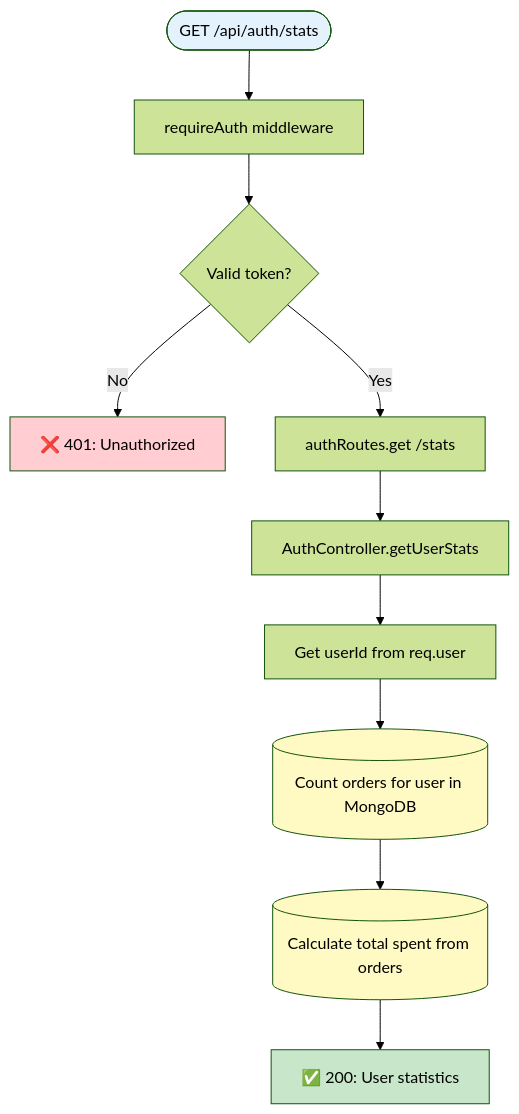
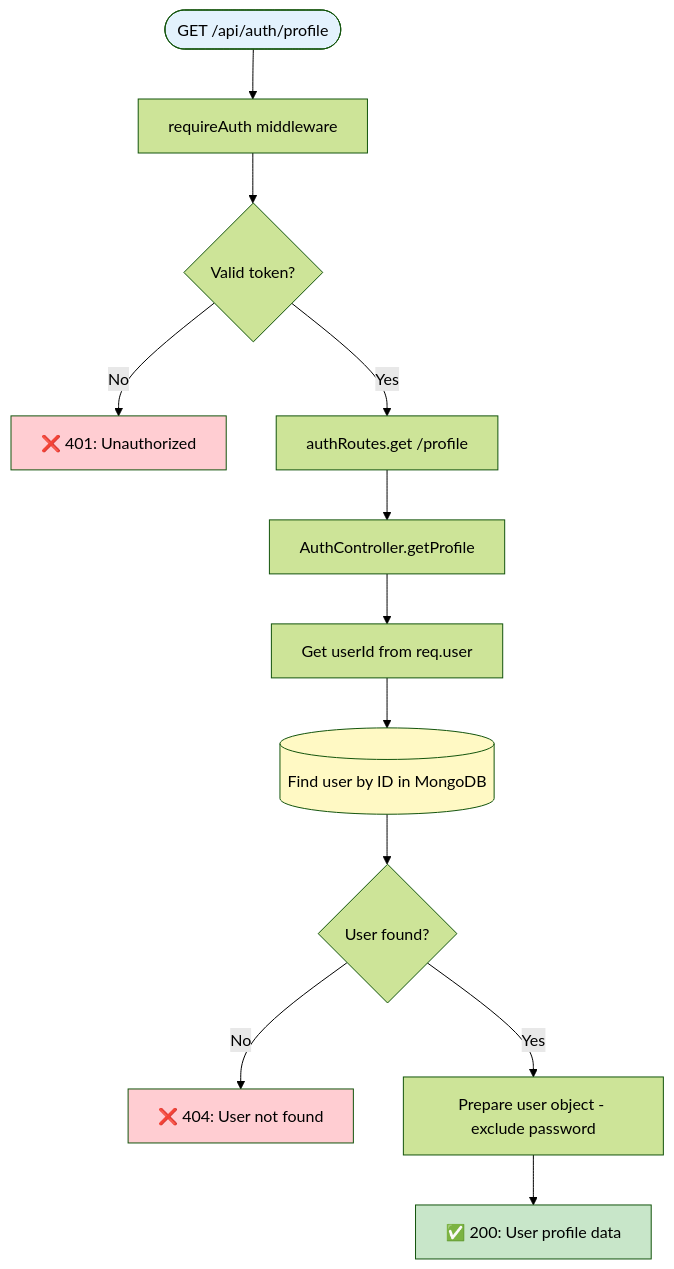
The fifth of 11 diagrams in docs/SERVER_ENDPOINTS_MAP.md (shmuelkapiloff/simple-), drawn with Mermaid (forest theme) before and after one commit. The commit also changed other lines of this file and 1 other file, not shown here.

Commit message:
fix: Repair broken Mermaid diagrams - remove malformed syntax and incomplete code blocks

````diff
--- a/docs/SERVER_ENDPOINTS_MAP.md
+++ b/docs/SERVER_ENDPOINTS_MAP.md
@@ -574,21 +322,22 @@
 ```mermaid
 flowchart TD
-    Request([GET /api/auth/stats]) --> RequireAuth[requireAuth middleware]
+    Request([GET /api/auth/profile]) --> RequireAuth[requireAuth middleware]
     RequireAuth --> CheckToken{Valid token?}
     CheckToken -->|No| Return401["❌ 401: Unauthorized"]
-    CheckToken -->|Yes| RouteHandler[authRoutes.get /stats]
+    CheckToken -->|Yes| RouteHandler[authRoutes.get /profile]
     
-    RouteHandler --> Controller[AuthController.getUserStats]
+    RouteHandler --> Controller[AuthController.getProfile]
     Controller --> GetUserId[Get userId from req.user]
-    GetUserId --> CountOrders[(Count orders for user in MongoDB)]
+    GetUserId --> FindUser[(Find user by ID in MongoDB)]
     
-    CountOrders --> CalculateTotal[(Calculate total spent from orders)]
-    CalculateTotal --> Return200["✅ 200: User statistics"]
-    
+    FindUser --> UserExists{User found?}
+    UserExists -->|No| Return404["❌ 404: User not found"]
+    UserExists -->|Yes| PrepareResponse[Prepare user object - exclude password]
+    PrepareResponse --> Return200["✅ 200: User profile data"]
     
     style Request fill:#e3f2fd
     style Return200 fill:#c8e6c9
     style Return401 fill:#ffcdd2
-    style CountOrders fill:#fff9c4
-    style CalculateTotal fill:#fff9c4
+    style Return404 fill:#ffcdd2
+    style FindUser fill:#fff9c4
 ```
````
